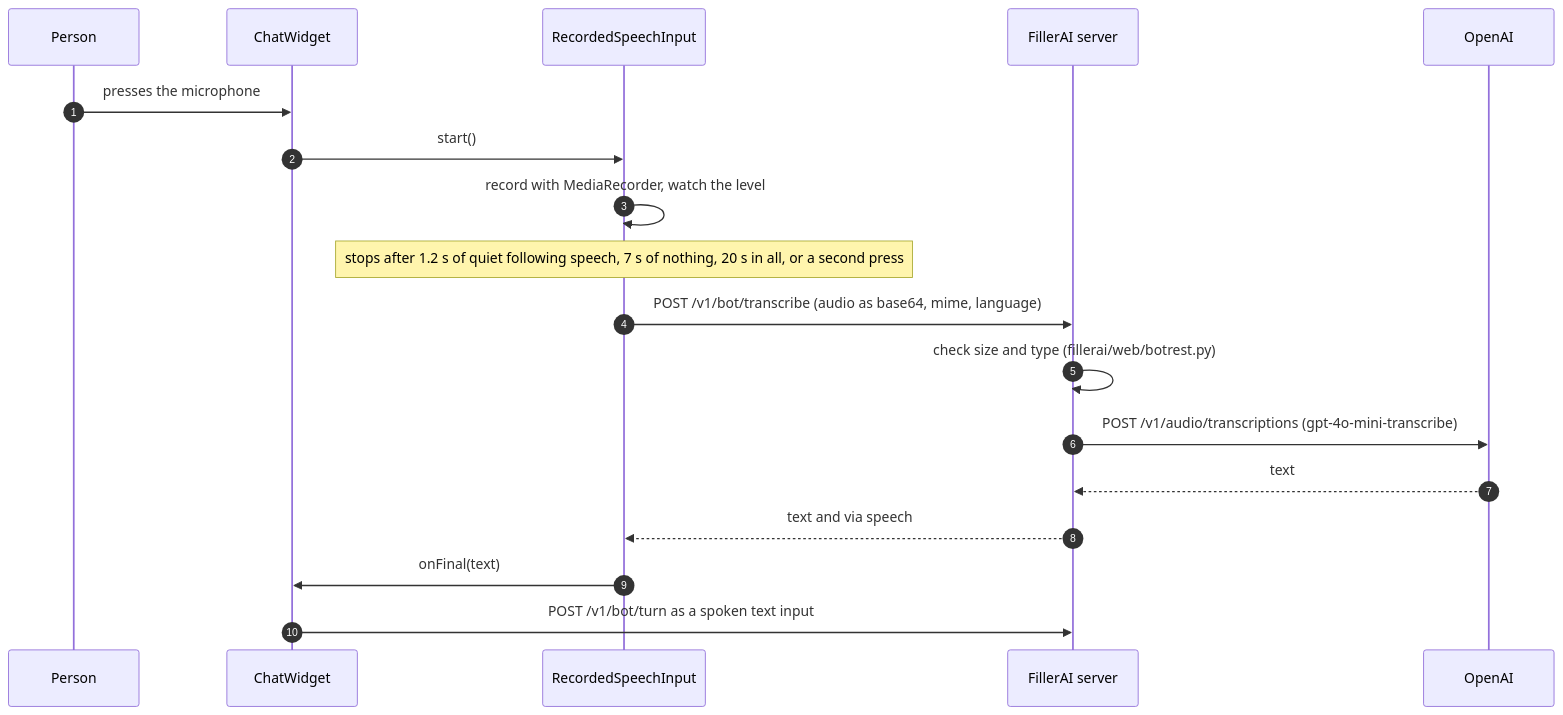
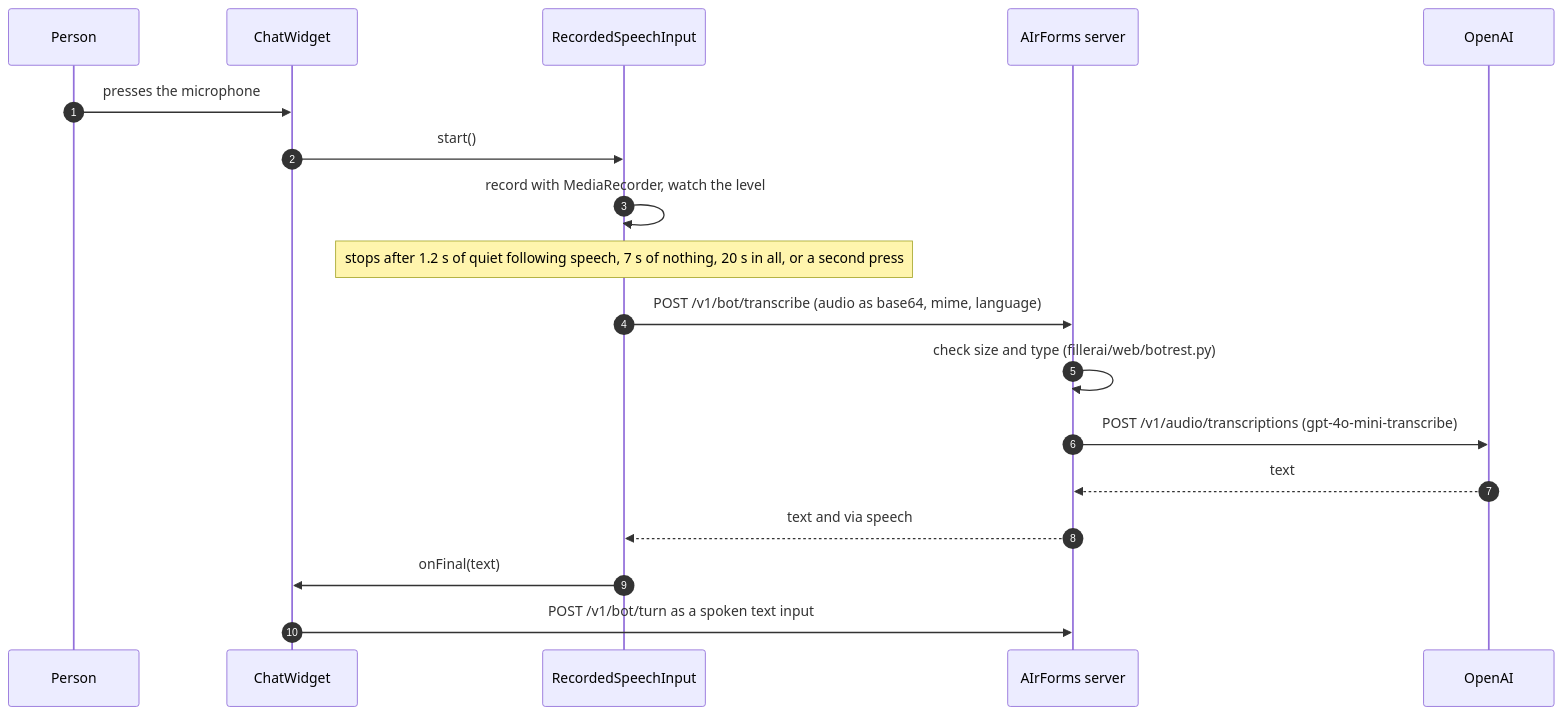
Before and after one commit to nelait/FillerAI: the second of 7 diagrams in docs/nlp-and-chatbot.md, drawn with Mermaid. The commit also changed other lines of this file and 62 other files, not shown here.

First line of the commit message:
Rebrand as AIrForms and give the UI a professional look

````diff
--- a/docs/nlp-and-chatbot.md
+++ b/docs/nlp-and-chatbot.md
@@ -189,20 +189,20 @@
 ```mermaid
 sequenceDiagram
     autonumber
     participant P as Person
     participant W as ChatWidget
     participant R as RecordedSpeechInput
-    participant F as FillerAI server
+    participant F as AIrForms server
     participant O as OpenAI
     P->>W: presses the microphone
     W->>R: start()
     R->>R: record with MediaRecorder, watch the level
     Note over R: stops after 1.2 s of quiet following speech, 7 s of nothing, 20 s in all, or a second press
     R->>F: POST /v1/bot/transcribe (audio as base64, mime, language)
     F->>F: check size and type (fillerai/web/botrest.py)
     F->>O: POST /v1/audio/transcriptions (gpt-4o-mini-transcribe)
     O-->>F: text
     F-->>R: text and via speech
     R->>W: onFinal(text)
     W->>F: POST /v1/bot/turn as a spoken text input
 ```
````
